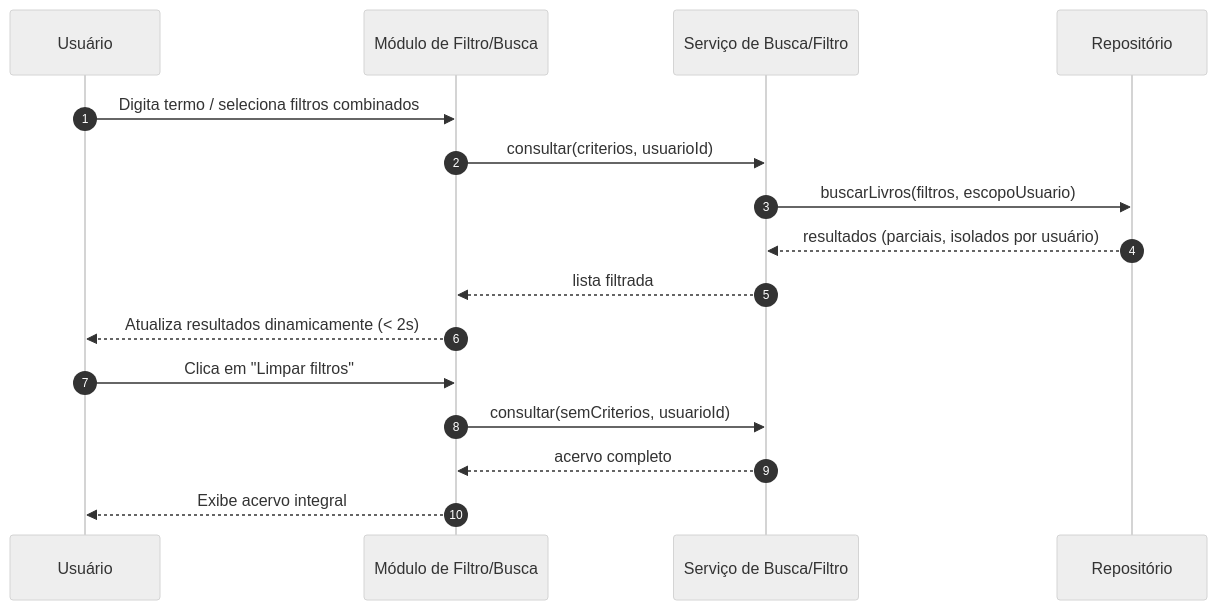
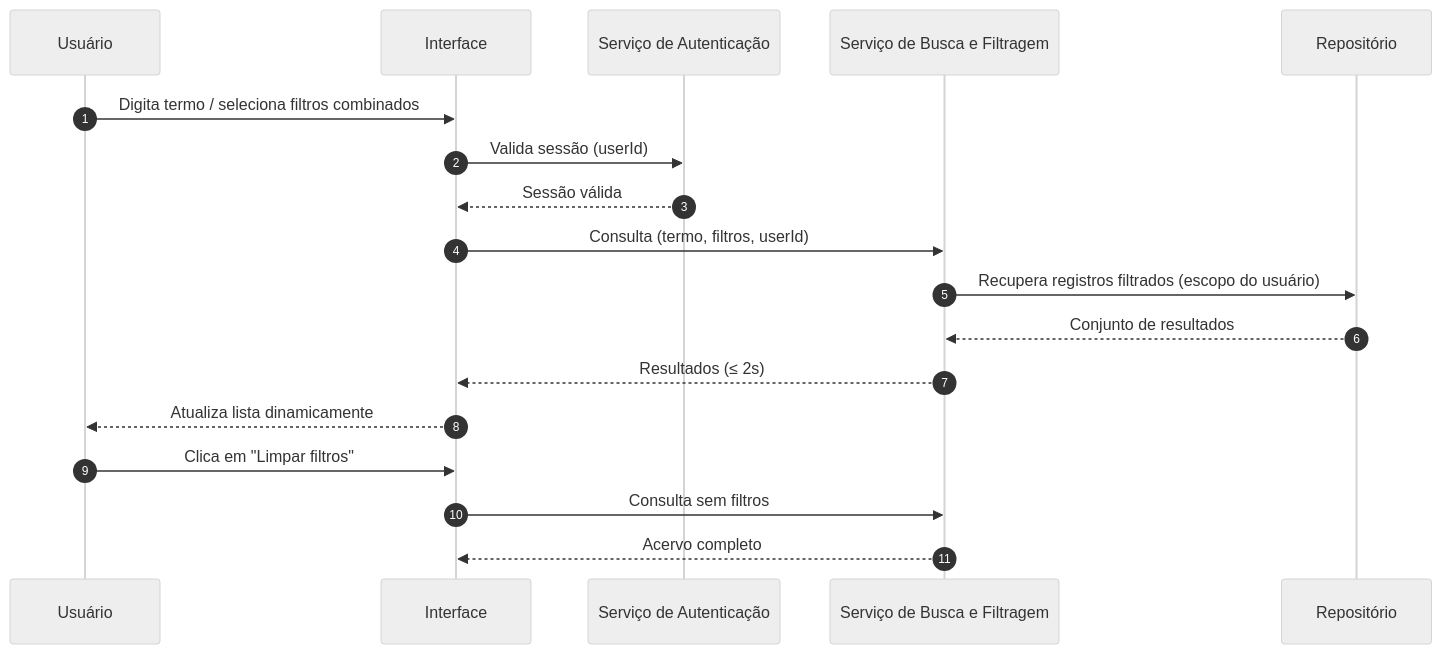
The third of 4 diagrams in docs/Time_2_Design/analise-qualitativa/outputs/relatorio_claude_opus_4_8_P04.md (PDC-ESIA/AI4ES), drawn with Mermaid (neutral theme) before and after one commit. The commit also changed other lines of this file and 93 other files, not shown here.

````diff
--- a/docs/Time_2_Design/analise-qualitativa/outputs/relatorio_claude_opus_4_8_P04.md
+++ b/docs/Time_2_Design/analise-qualitativa/outputs/relatorio_claude_opus_4_8_P04.md
@@ -147,19 +112,21 @@
 ```mermaid
 sequenceDiagram
     autonumber
     participant U as Usuário
-    participant UI as Módulo de Filtro/Busca
-    participant BS as Serviço de Busca/Filtro
-    participant R as Repositório
+    participant UI as Interface
+    participant AUTH as Serviço de Autenticação
+    participant QUERY as Serviço de Busca e Filtragem
+    participant REPO as Repositório
 
     U->>UI: Digita termo / seleciona filtros combinados
-    UI->>BS: consultar(criterios, usuarioId)
-    BS->>R: buscarLivros(filtros, escopoUsuario)
-    R-->>BS: resultados (parciais, isolados por usuário)
-    BS-->>UI: lista filtrada
-    UI-->>U: Atualiza resultados dinamicamente (< 2s)
+    UI->>AUTH: Valida sessão (userId)
+    AUTH-->>UI: Sessão válida
+    UI->>QUERY: Consulta (termo, filtros, userId)
+    QUERY->>REPO: Recupera registros filtrados (escopo do usuário)
+    REPO-->>QUERY: Conjunto de resultados
+    QUERY-->>UI: Resultados (≤ 2s)
+    UI-->>U: Atualiza lista dinamicamente
     U->>UI: Clica em "Limpar filtros"
-    UI->>BS: consultar(semCriterios, usuarioId)
-    BS-->>UI: acervo completo
-    UI-->>U: Exibe acervo integral
+    UI->>QUERY: Consulta sem filtros
+    QUERY-->>UI: Acervo completo
 ```
````
